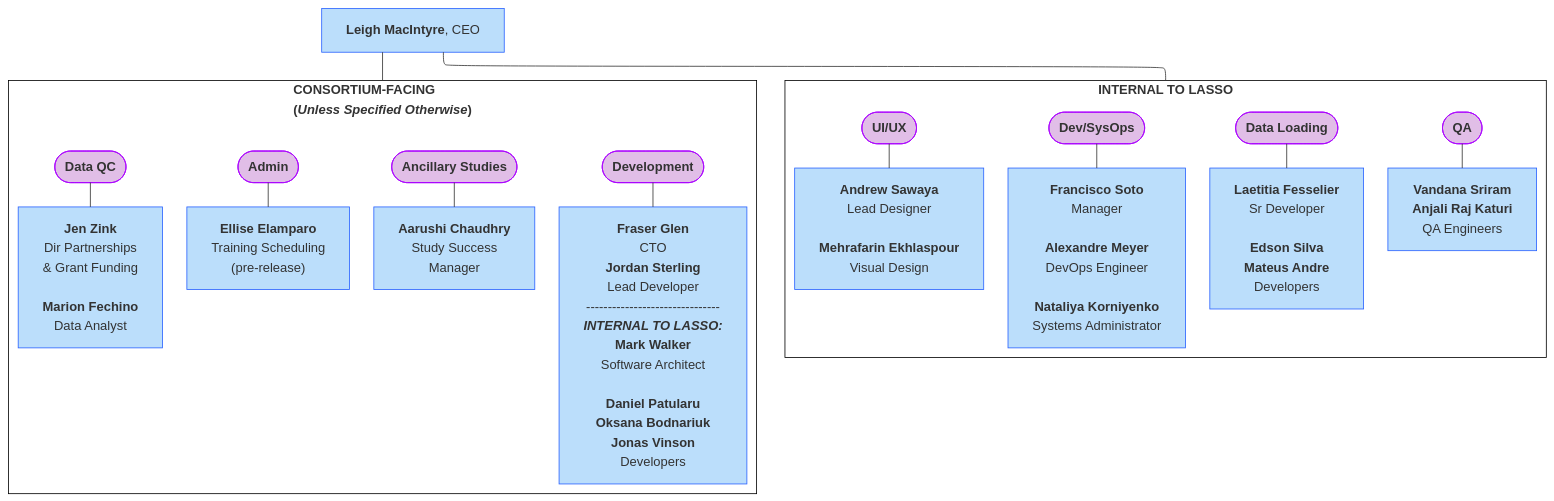
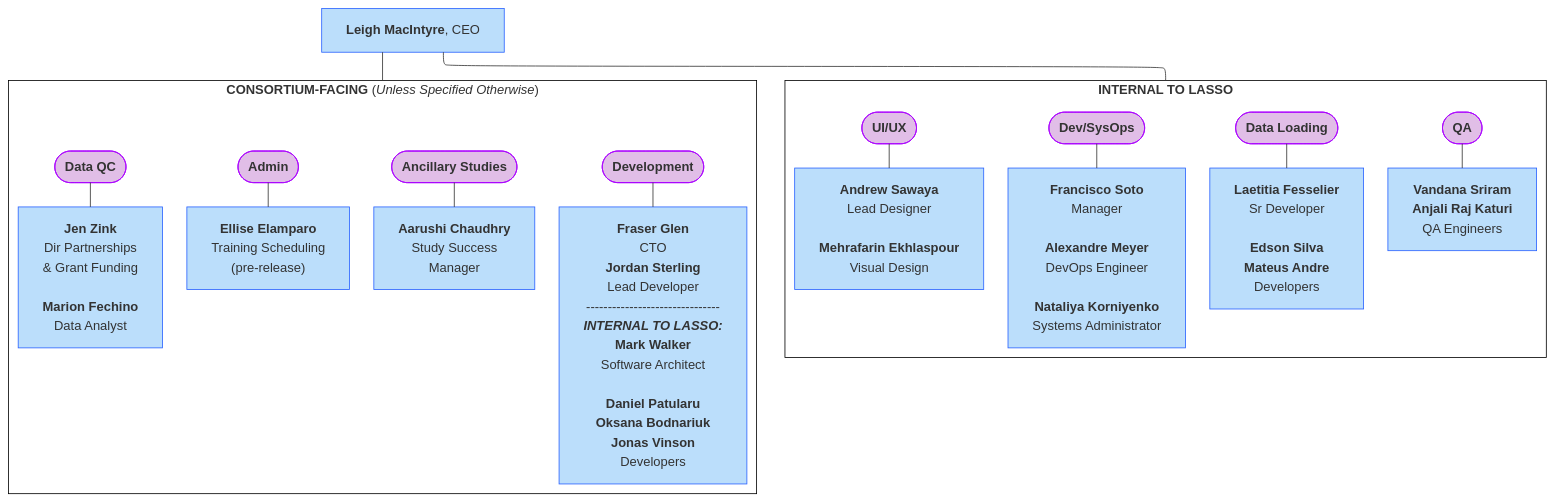
Before and after one commit to DCAN-Labs/hbcd-docs-internal: the first of 3 diagrams in docs/orgcharts_alt/lasso.md, drawn with Mermaid. The commit also changed 2 other files, not shown here.

Commit message:
minor change to lasso1

````diff
--- a/docs/orgcharts_alt/lasso.md
+++ b/docs/orgcharts_alt/lasso.md
@@ -6,62 +6,62 @@
 ```mermaid
 ---
 config:
   layout: elk
 ---
 flowchart TB
  subgraph s1["<b>INTERNAL TO LASSO</b>"]
         n23(["<b>Dev/SysOps</b>"])
         n24["<b>Francisco Soto</b><br>Manager<br>
     <b>Alexandre Meyer</b><br>DevOps Engineer<br><br><b>Nataliya Korniyenko<br></b>Systems Administrator"]
         n4(["<b>Data Loading</b>"])
         n9["<b>Laetitia Fesselier</b><br>Sr Developer<br>
     <b>Edson Silva</b><br><b>Mateus Andre</b><br>Developers"]
         n29(["<b>UI/UX</b>"])
         n30["<b>Andrew Sawaya</b><br>Lead Designer<br>
     <b>Mehrafarin Ekhlaspour</b><br>Visual Design"]
         n27(["<b>QA</b>"])
         n28["<b>Vandana Sriram</b><br><b>Anjali Raj Katuri<br></b>QA Engineers"]
   end
- subgraph s2["<b>CONSORTIUM-FACING<br>(<i>Unless Specified Otherwise</i>)</b>"]
+ subgraph s2["<b>CONSORTIUM-FACING</b> (<i>Unless Specified Otherwise</i>)"]
         B(["<b>Admin</b>"])
         n5["<b>Ellise Elamparo</b><br>Training Scheduling<br>(pre-release)"]
         n1(["<b>Ancillary Studies</b>"])
         n6["<b>Aarushi Chaudhry<br></b>Study Success<br>Manager"]
         n2(["<b>Data QC</b>"])
         n7["<b>Jen Zink<br></b>Dir Partnerships<br>&amp; Grant Funding<br><br><b>Marion Fechino</b><br>Data Analyst"]
         n22(["<b>Development</b>"])
         n26["<b>Fraser Glen<br></b>CTO<br><b>Jordan Sterling<br></b>Lead Developer
     -------------------------------
     <b><i>INTERNAL TO LASSO:</i>
     Mark Walker</b><br>Software Architect<br>
     <b>Daniel Patularu</b><br><b>Oksana Bodnariuk<br>Jonas Vinson<br></b>Developers"]
   end
     B --- n5
     n1 --- n6
     n2 --- n7
     n4 --- n9
     n23 --- n24
     n22 --- n26
     n27 --- n28
     n29 --- n30
     A["<b>Leigh MacIntyre</b>, CEO"] --- s2 & s1
     style n23 fill:#E1BEE7,stroke:#AA00FF
     style n24 fill:#BBDEFB,stroke:#2962FF
     style n4 fill:#E1BEE7,stroke:#AA00FF
     style n9 fill:#BBDEFB,stroke:#2962FF
     style n29 fill:#E1BEE7,stroke:#AA00FF
     style n30 fill:#BBDEFB,stroke:#2962FF
     style n27 fill:#E1BEE7,stroke:#AA00FF
     style n28 fill:#BBDEFB,stroke:#2962FF
     style B fill:#E1BEE7,stroke:#AA00FF
     style n5 fill:#BBDEFB,stroke:#2962FF
     style n1 fill:#E1BEE7,stroke:#AA00FF
     style n6 fill:#BBDEFB,stroke:#2962FF
     style n2 fill:#E1BEE7,stroke:#AA00FF
     style n7 fill:#BBDEFB,stroke:#2962FF
     style n22 fill:#E1BEE7,stroke:#AA00FF
     style n26 fill:#BBDEFB,stroke:#2962FF
     style A fill:#BBDEFB,stroke:#2962FF
     style s2 fill:#FFFFFF,stroke:#000000
     style s1 fill:#FFFFFF,stroke:#000000
 ```
````
